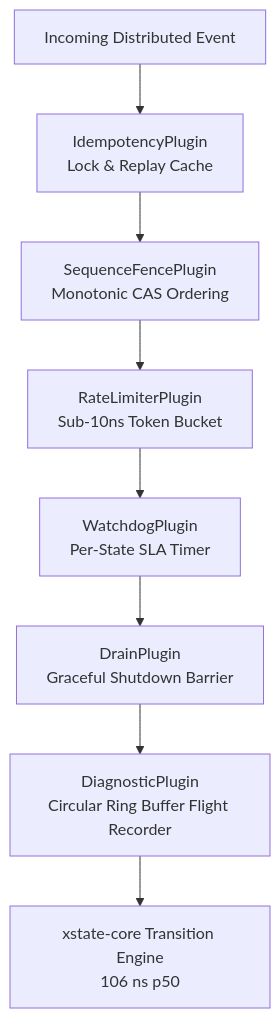
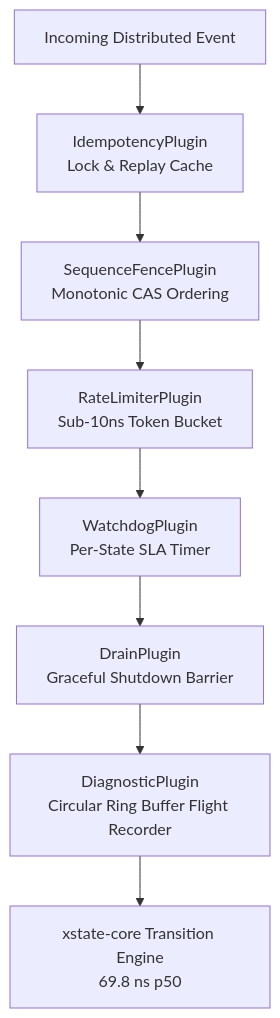
Before and after one commit to basiltt/xstate-statemachine-rs: the diagram in README.md, drawn with Mermaid. The commit also changed other lines of this file and 14 other files, not shown here.

````diff
--- a/README.md
+++ b/README.md
@@ -234,10 +234,10 @@
 ```mermaid
 flowchart TD
     E[Incoming Distributed Event] --> ID[IdempotencyPlugin\nLock & Replay Cache]
     ID --> SF[SequenceFencePlugin\nMonotonic CAS Ordering]
     SF --> RL[RateLimiterPlugin\nSub-10ns Token Bucket]
     RL --> WD[WatchdogPlugin\nPer-State SLA Timer]
     WD --> DP[DrainPlugin\nGraceful Shutdown Barrier]
     DP --> CR[DiagnosticPlugin\nCircular Ring Buffer Flight Recorder]
-    CR --> SM[xstate-core Transition Engine\n106 ns p50]
+    CR --> SM[xstate-core Transition Engine\n69.8 ns p50]
 ```
````
